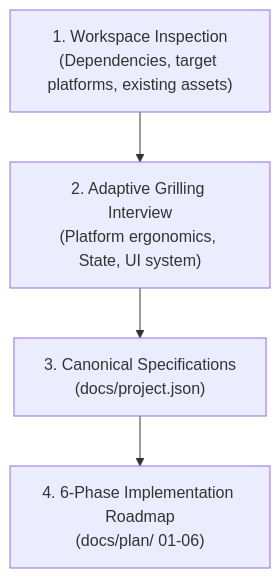
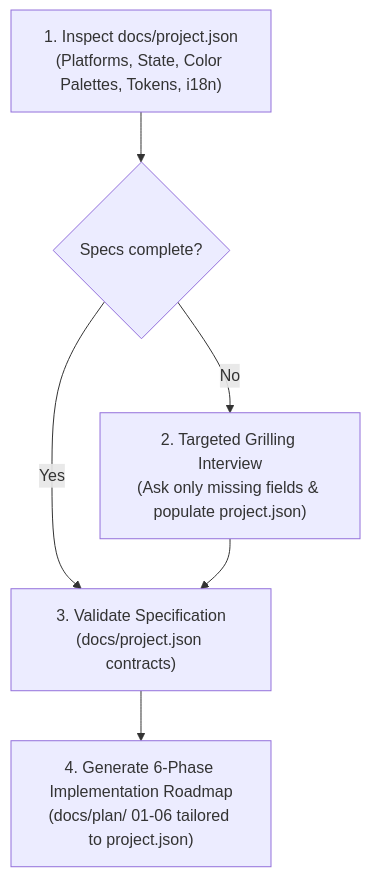
Before and after one commit to BIGboss248/FtFileSorter: the diagram in .agents/skills/flutter-plan/SKILL.md, drawn with Mermaid. The commit also changed other lines of this file and 32 other files, not shown here.

````diff
--- a/.agents/skills/flutter-plan/SKILL.md
+++ b/.agents/skills/flutter-plan/SKILL.md
@@ -15,6 +15,8 @@
 ```mermaid
 flowchart TD
-    S1["1. Workspace Inspection<br/>(Dependencies, target platforms, existing assets)"] --> S2["2. Adaptive Grilling Interview<br/>(Platform ergonomics, State, UI system)"]
-    S2 --> S3["3. Canonical Specifications<br/>(docs/project.json)"]
-    S3 --> S4["4. 6-Phase Implementation Roadmap<br/>(docs/plan/ 01-06)"]
+    S1["1. Inspect docs/project.json<br/>(Platforms, State, Color Palettes, Tokens, i18n)"] --> S2{"Specs complete?"}
+    S2 -- No --> S3["2. Targeted Grilling Interview<br/>(Ask only missing fields & populate project.json)"]
+    S2 -- Yes --> S4["3. Validate Specification<br/>(docs/project.json contracts)"]
+    S3 --> S4
+    S4 --> S5["4. Generate 6-Phase Implementation Roadmap<br/>(docs/plan/ 01-06 tailored to project.json)"]
 ```
````
